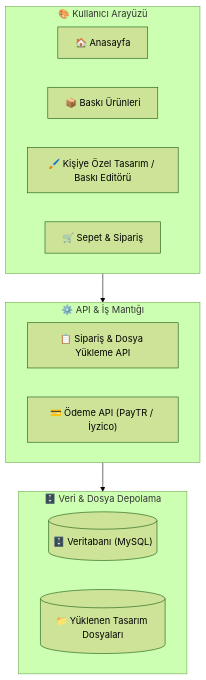
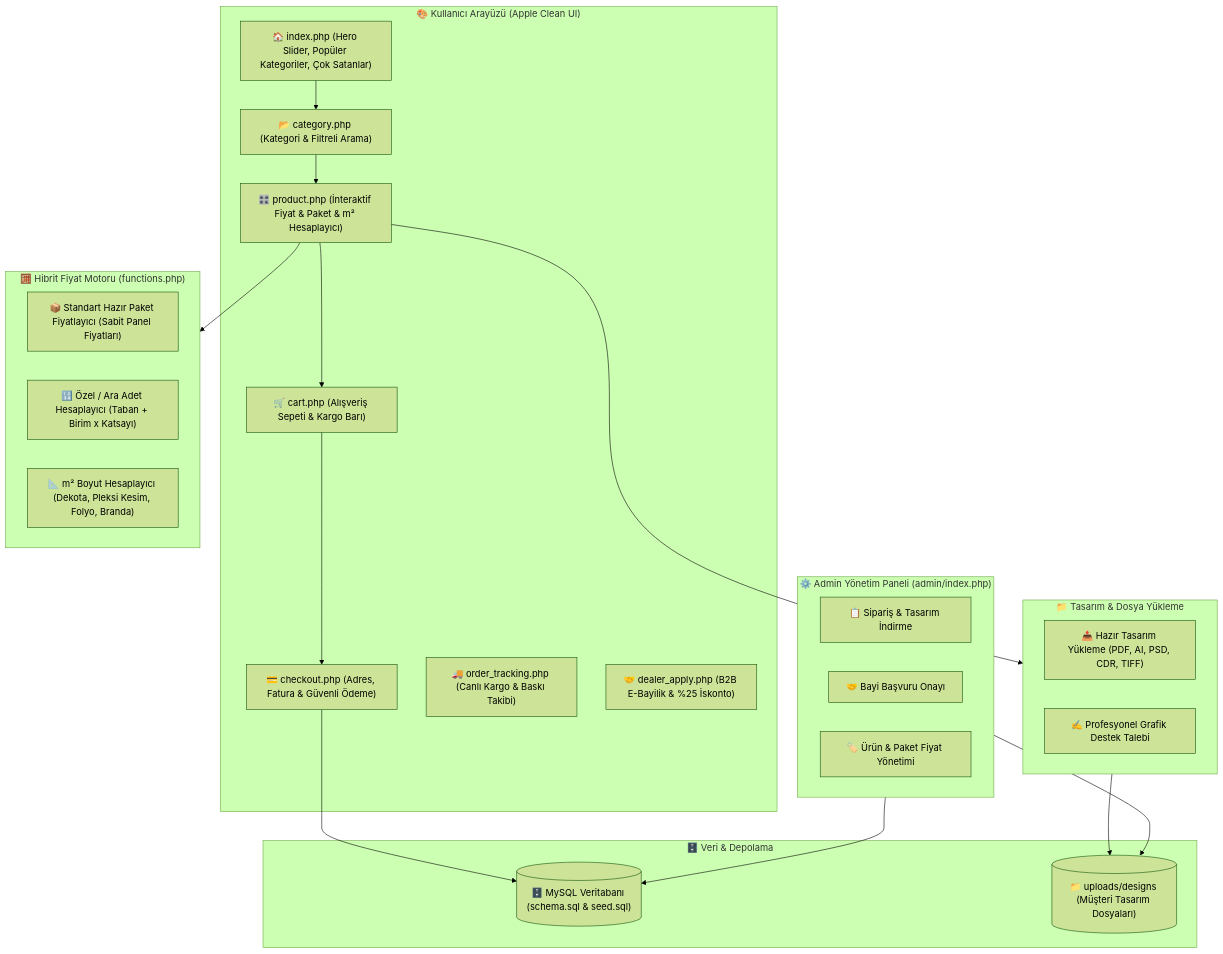
The diagram in tambaski.com.tr/ARCHITECTURE.md (arifJoker/EkimMemoOrtak), drawn with Mermaid (forest theme) before and after one commit. The commit also changed 21 other files, not shown here.

Commit message:
feat(tambaski): tam e-ticaret altyapisi, hibrit fiyat motoru (hazir paket + ozel adet + m2 kesim), apple arayuz ve admin paneli

````diff
--- a/tambaski.com.tr/ARCHITECTURE.md
+++ b/tambaski.com.tr/ARCHITECTURE.md
@@ -3,22 +3,45 @@
 ```mermaid
 flowchart TD
-    subgraph Frontend ["🎨 Kullanıcı Arayüzü"]
-        Home["🏠 Anasayfa"]
-        Products["📦 Baskı Ürünleri"]
-        Customizer["🖌️ Kişiye Özel Tasarım / Baskı Editörü"]
-        Cart["🛒 Sepet & Sipariş"]
+    subgraph Frontend ["🎨 Kullanıcı Arayüzü (Apple Clean UI)"]
+        Home["🏠 index.php (Hero Slider, Popüler Kategoriler, Çok Satanlar)"]
+        Categories["📂 category.php (Kategori & Filtreli Arama)"]
+        ProductPage["🎛️ product.php (İnteraktif Fiyat & Paket & m² Hesaplayıcı)"]
+        CartPage["🛒 cart.php (Alışveriş Sepeti & Kargo Barı)"]
+        CheckoutPage["💳 checkout.php (Adres, Fatura & Güvenli Ödeme)"]
+        OrderTracking["🚚 order_tracking.php (Canlı Kargo & Baskı Takibi)"]
+        DealerPortal["🤝 dealer_apply.php (B2B E-Bayilik & %25 İskonto)"]
     end
 
-    subgraph Backend ["⚙️ API & İş Mantığı"]
-        OrderAPI["📋 Sipariş & Dosya Yükleme API"]
-        PaymentAPI["💳 Ödeme API (PayTR / İyzico)"]
+    subgraph PricingEngine ["🧮 Hibrit Fiyat Motoru (functions.php)"]
+        PkgCalc["📦 Standart Hazır Paket Fiyatlayıcı (Sabit Panel Fiyatları)"]
+        CustomQtyCalc["🔢 Özel / Ara Adet Hesaplayıcı (Taban + Birim x Katsayı)"]
+        SqmCalc["📐 m² Boyut Hesaplayıcı (Dekota, Pleksi Kesim, Folyo, Branda)"]
     end
 
-    subgraph Storage ["🗄️ Veri & Dosya Depolama"]
-        DB[("🗄️ Veritabanı (MySQL)")]
-        Uploads[("📁 Yüklenen Tasarım Dosyaları")]
+    subgraph DesignAndUpload ["📁 Tasarım & Dosya Yükleme"]
+        UploadZone["📤 Hazır Tasarım Yükleme (PDF, AI, PSD, CDR, TIFF)"]
+        GraphicSupport["✍️ Profesyonel Grafik Destek Talebi"]
     end
 
-    Frontend --> Backend
-    Backend --> Storage
+    subgraph AdminPanel ["⚙️ Admin Yönetim Paneli (admin/index.php)"]
+        OrderManage["📋 Sipariş & Tasarım İndirme"]
+        DealerManage["🤝 Bayi Başvuru Onayı"]
+        PriceMatrix["🏷️ Ürün & Paket Fiyat Yönetimi"]
+    end
+
+    subgraph Storage ["🗄️ Veri & Depolama"]
+        DB[("🗄️ MySQL Veritabanı (schema.sql & seed.sql)")]
+        Uploads[("📁 uploads/designs (Müşteri Tasarım Dosyaları)")]
+    end
+
+    Home --> Categories
+    Categories --> ProductPage
+    ProductPage --> PricingEngine
+    ProductPage --> DesignAndUpload
+    ProductPage --> CartPage
+    CartPage --> CheckoutPage
+    CheckoutPage --> DB
+    DesignAndUpload --> Uploads
+    AdminPanel --> DB
+    AdminPanel --> Uploads
 ```
````
